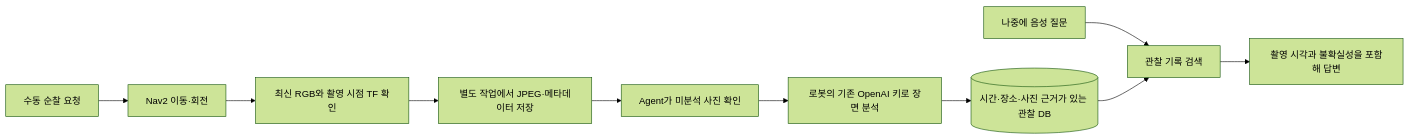
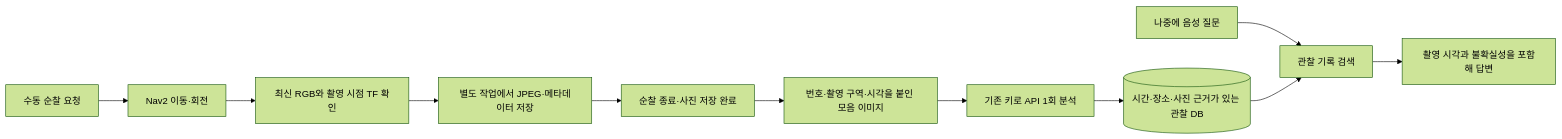
One commit to SWM-malbut/malbut changed the first of 2 diagrams in malbut_autonomy/malbut_patrol/README.md. Above: the diagram before and after it, drawn with Mermaid (forest theme). The commit also changed other lines of this file and 18 other files, not shown here.

````diff
--- a/malbut_autonomy/malbut_patrol/README.md
+++ b/malbut_autonomy/malbut_patrol/README.md
@@ -147,12 +147,13 @@
 ```mermaid
 flowchart LR
     A[수동 순찰 요청] --> B[Nav2 이동·회전]
     B --> C[최신 RGB와 촬영 시점 TF 확인]
     C --> D[별도 작업에서 JPEG·메타데이터 저장]
-    D --> E[Agent가 미분석 사진 확인]
-    E --> F[로봇의 기존 OpenAI 키로 장면 분석]
+    D --> E[순찰 종료·사진 저장 완료]
+    E --> K[번호·촬영 구역·시각을 붙인 모음 이미지]
+    K --> F[기존 키로 API 1회 분석]
     F --> G[(시간·장소·사진 근거가 있는 관찰 DB)]
     H[나중에 음성 질문] --> I[관찰 기록 검색]
     G --> I
     I --> J[촬영 시각과 불확실성을 포함해 답변]
 ```
````
